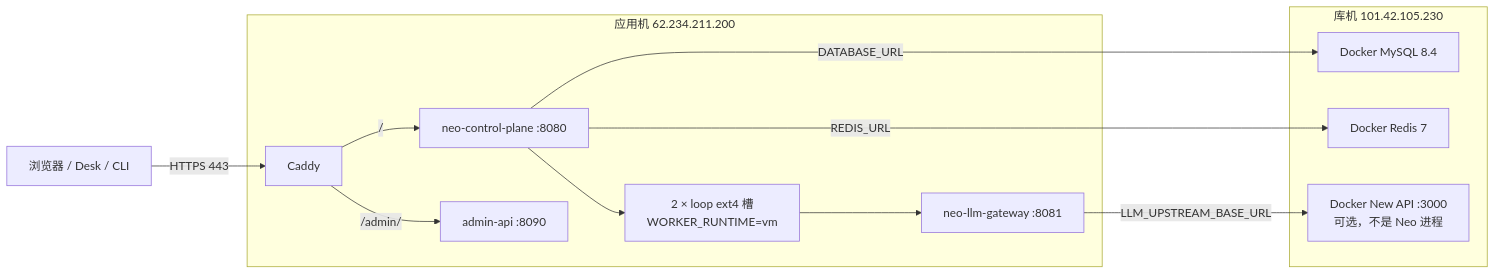
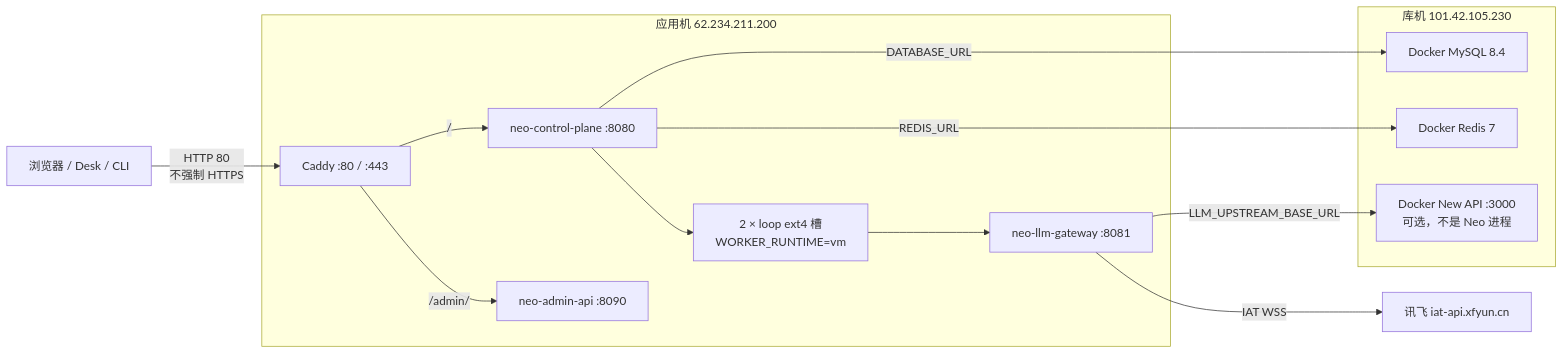
One commit to Neo2Agent/neo-cloud-agent changed the second of 3 diagrams in docs/architecture-overview.md. Above: the diagram before and after it, drawn with Mermaid. The commit also changed other lines of this file and 4 other files, not shown here.

First line of the commit message:
Refresh architecture overview against current main.

````diff
--- a/docs/architecture-overview.md
+++ b/docs/architecture-overview.md
@@ -176,26 +195,27 @@
 ```mermaid
 flowchart LR
-  User["浏览器 / Desk / CLI"] -->|"HTTPS 443"| Caddy
+  User["浏览器 / Desk / CLI"] -->|"HTTP 80\n不强制 HTTPS"| Caddy
 
   subgraph app [应用机 62.234.211.200]
-    Caddy["Caddy"]
+    Caddy["Caddy :80 / :443"]
     CP["neo-control-plane :8080"]
     GW["neo-llm-gateway :8081"]
-    Admin["admin-api :8090"]
+    Admin["neo-admin-api :8090"]
     Slots["2 × loop ext4 槽\nWORKER_RUNTIME=vm"]
     Caddy -->|"/"| CP
     Caddy -->|"/admin/"| Admin
     CP --> Slots
     Slots --> GW
   end
 
   subgraph db [库机 101.42.105.230]
     MySQL["Docker MySQL 8.4"]
     Redis["Docker Redis 7"]
     NewAPI["Docker New API :3000\n可选，不是 Neo 进程"]
   end
 
   CP -->|"DATABASE_URL"| MySQL
   CP -->|"REDIS_URL"| Redis
   GW -->|"LLM_UPSTREAM_BASE_URL"| NewAPI
+  GW -->|"IAT WSS"| IFlytek["讯飞 iat-api.xfyun.cn"]
 ```
````
